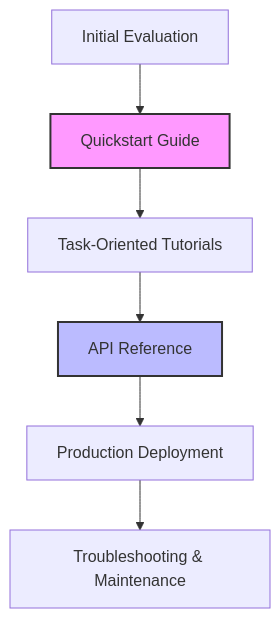
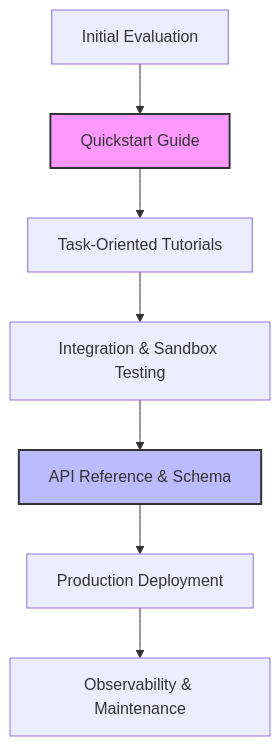
The diagram in docs/industry-terms/developer-experience.md (vaishvanara/techwritingkb), drawn with Mermaid before and after one commit. The commit also changed other lines of this file and 51 other files, not shown here.

````diff
--- a/docs/industry-terms/developer-experience.md
+++ b/docs/industry-terms/developer-experience.md
@@ -25,10 +27,11 @@
 ```mermaid
 graph TD
     A[Initial Evaluation] --> B[Quickstart Guide]
     B --> C[Task-Oriented Tutorials]
-    C --> D[API Reference]
-    D --> E[Production Deployment]
-    E --> F[Troubleshooting & Maintenance]
+    C --> D[Integration & Sandbox Testing]
+    D --> E[API Reference & Schema]
+    E --> F[Production Deployment]
+    F --> G[Observability & Maintenance]
     style B fill:#f9f,stroke:#333,stroke-width:2px
-    style D fill:#bbf,stroke:#333,stroke-width:2px
+    style E fill:#bbf,stroke:#333,stroke-width:2px
 ```
````
